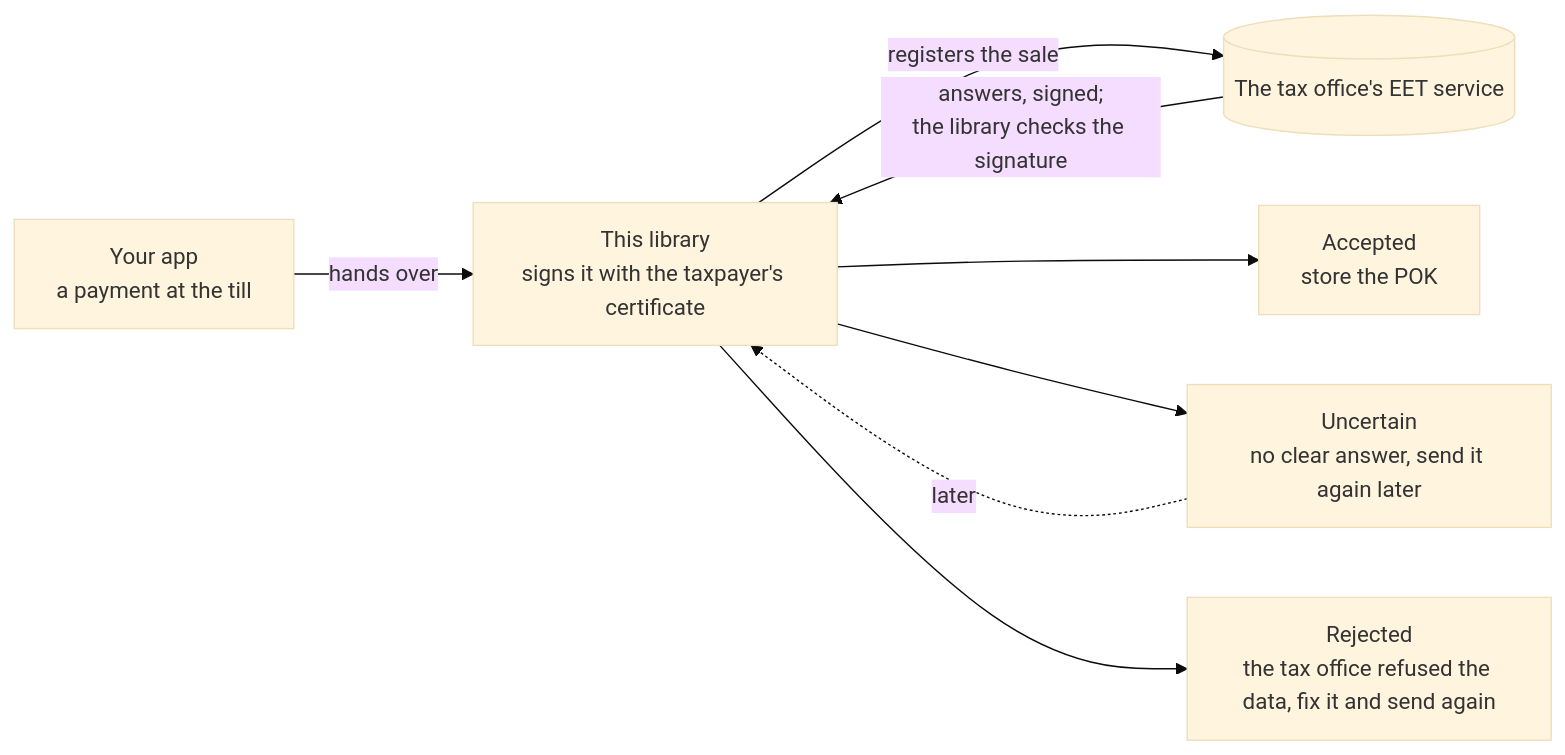
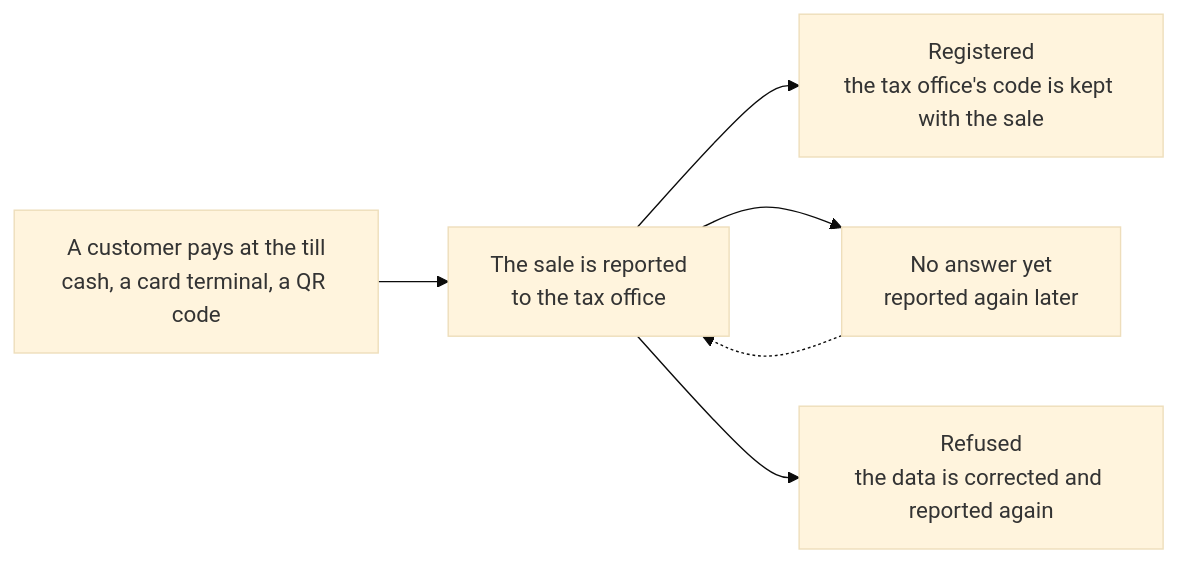
The diagram in README.md (landsman/eet-client), drawn with Mermaid (base theme) before and after one commit.

Commit message:
docs: make the readme's diagram the merchant's view of a sale, not the library's internals

````diff
--- a/README.md
+++ b/README.md
@@ -8,10 +8,8 @@
 ```mermaid
 flowchart LR
-    app["Your app<br/>a payment at the till"] -->|hands over| client["This library<br/>signs it with the taxpayer's certificate"]
-    client -->|registers the sale| eet[("The tax office's EET service")]
-    eet -->|answers, signed;<br/>the library checks the signature| client
-    client --> accepted["Accepted<br/>store the POK"]
-    client --> uncertain["Uncertain<br/>no clear answer, send it again later"]
-    client --> rejected["Rejected<br/>the tax office refused the data, fix it and send again"]
-    uncertain -.->|later| client
+    pay["A customer pays at the till<br/>cash, a card terminal, a QR code"] --> report["The sale is reported<br/>to the tax office"]
+    report --> ok["Registered<br/>the tax office's code is kept with the sale"]
+    report --> wait["No answer yet<br/>reported again later"]
+    report --> refused["Refused<br/>the data is corrected and reported again"]
+    wait -.-> report
 ```
````
